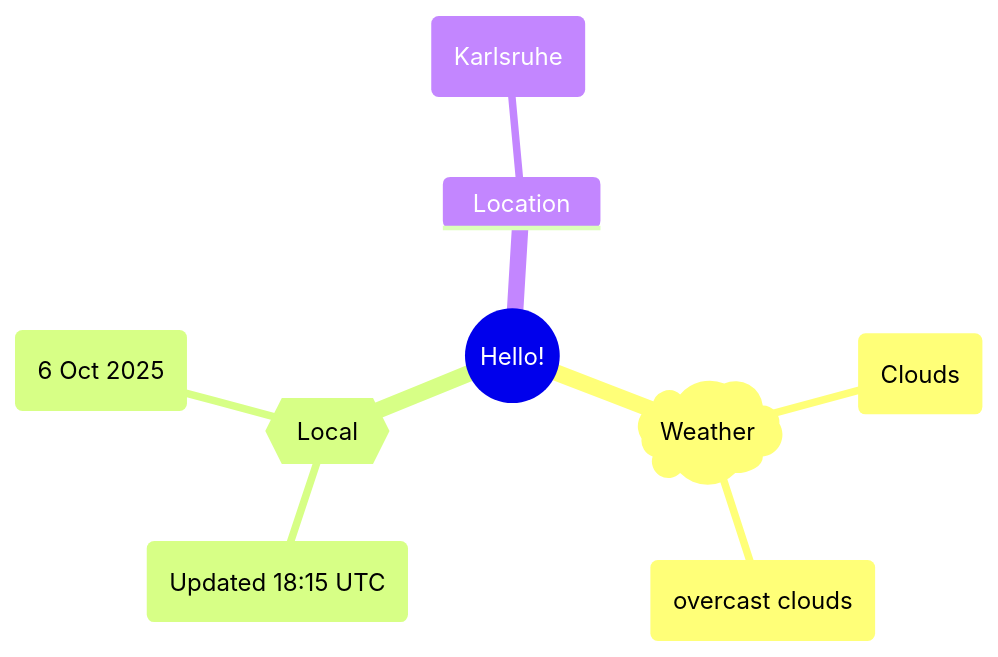
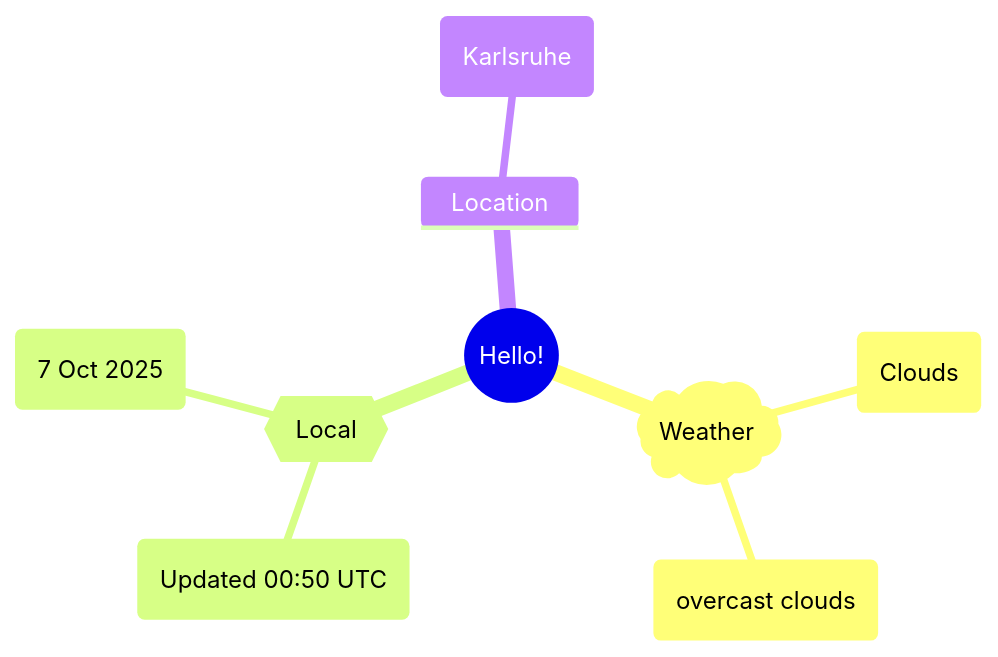
Before and after one commit to Xosrov/Xosrov: the first of 2 diagrams in README.md, drawn with Mermaid.

Commit message:
[bot] updated images

````diff
--- a/README.md
+++ b/README.md
@@ -3,12 +3,12 @@
 ```mermaid
 mindmap
   root((Hello!))
     )Weather(
         (Clouds)
         (overcast clouds)
     {{Local}}
-        (Updated 18:15 UTC)
-        (6 Oct 2025)
+        (Updated 00:50 UTC)
+        (7 Oct 2025)
     Location
         (Karlsruhe)
 ```
````
